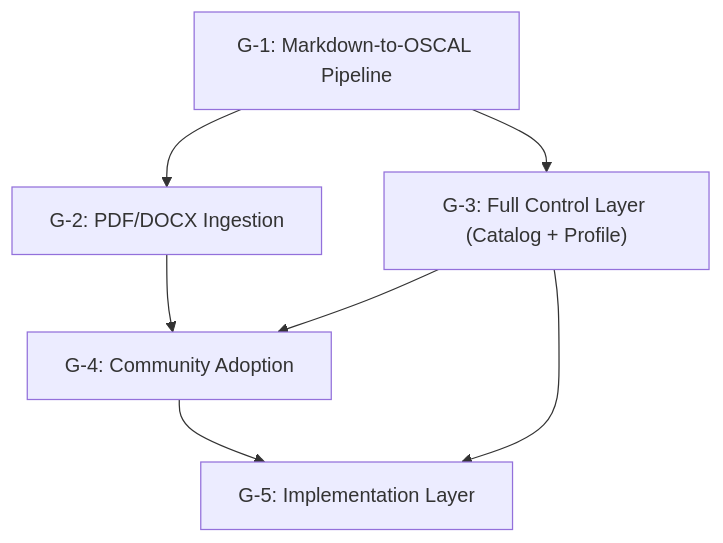
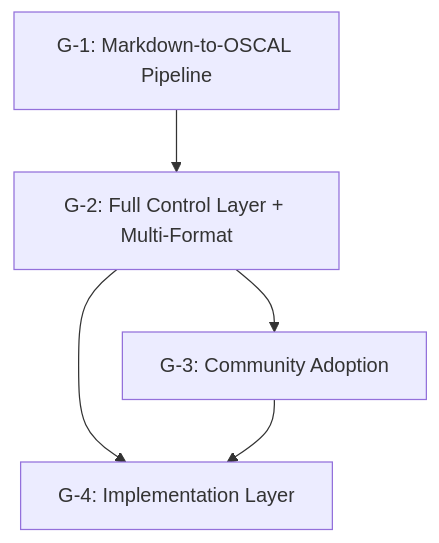
Before and after one commit to policy-forge/forge: the third of 4 diagrams in docs/FORGE_PRODUCT_VISION.md, drawn with Mermaid. The commit also changed other lines of this file and 2 other files, not shown here.

First line of the commit message:
Constrain FORGE to Markdown-only input (ADR-001)

````diff
--- a/docs/FORGE_PRODUCT_VISION.md
+++ b/docs/FORGE_PRODUCT_VISION.md
@@ -180,9 +179,7 @@
 ```mermaid
 graph TD
-    G1["G-1: Markdown-to-OSCAL Pipeline"] --> G2["G-2: PDF/DOCX Ingestion"]
-    G1 --> G3["G-3: Full Control Layer (Catalog + Profile)"]
-    G2 --> G4["G-4: Community Adoption"]
+    G1["G-1: Markdown-to-OSCAL Pipeline"] --> G2["G-2: Full Control Layer + Multi-Format"]
+    G2 --> G3["G-3: Community Adoption"]
+    G2 --> G4["G-4: Implementation Layer"]
     G3 --> G4
-    G3 --> G5["G-5: Implementation Layer"]
-    G4 --> G5
 ```
````
